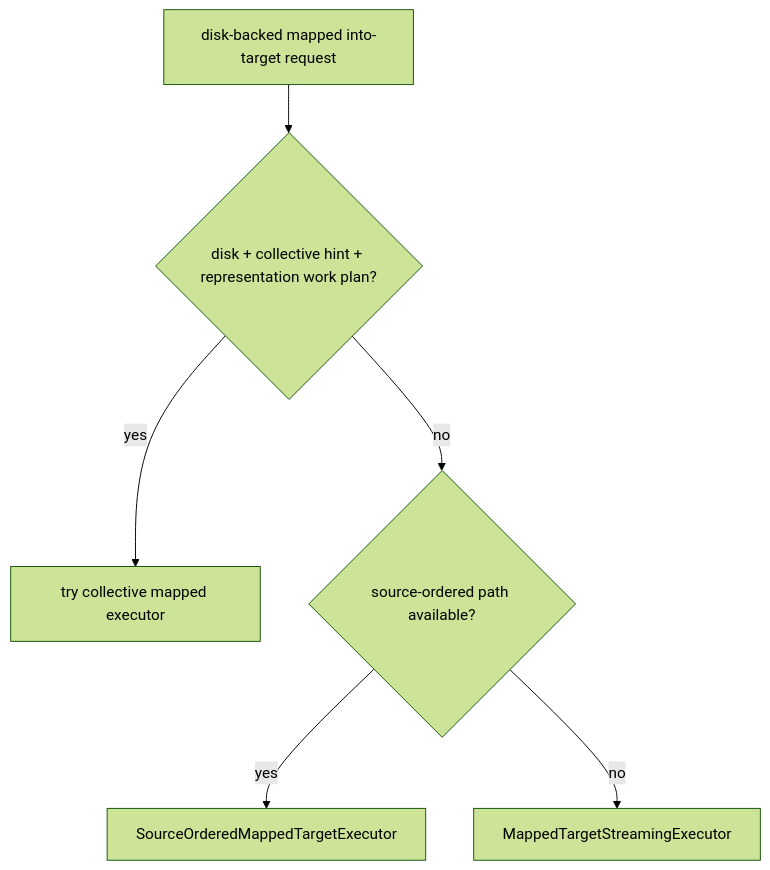
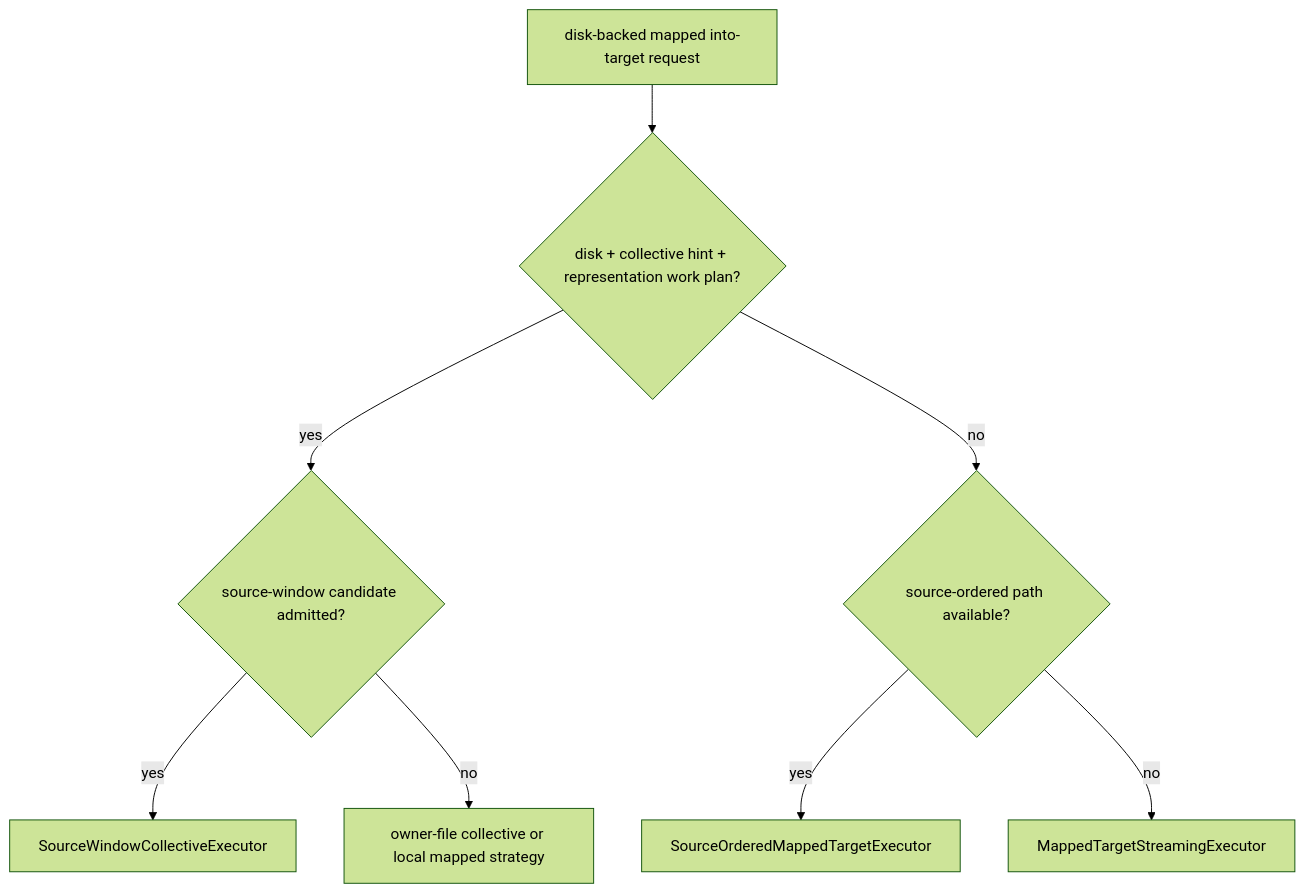
Before and after one commit to tensorcast-ai/tensorcast: the fourth of 4 diagrams in docs/internals/disk-load-strategy.md, drawn with Mermaid (forest theme). The commit also changed other lines of this file and 54 other files, not shown here.

Commit message:
feat: add source-window collective materialization

````diff
--- a/docs/internals/disk-load-strategy.md
+++ b/docs/internals/disk-load-strategy.md
@@ -423,8 +456,10 @@
 ```mermaid
 flowchart TD
     A["disk-backed mapped into-target request"] --> B{"disk + collective hint + representation work plan?"}
-    B -- "yes" --> C["try collective mapped executor"]
+    B -- "yes" --> C{"source-window candidate admitted?"}
+    C -- "yes" --> G["SourceWindowCollectiveExecutor"]
+    C -- "no" --> H["owner-file collective or local mapped strategy"]
     B -- "no" --> D{"source-ordered path available?"}
     D -- "yes" --> E["SourceOrderedMappedTargetExecutor"]
     D -- "no" --> F["MappedTargetStreamingExecutor"]
 ```
````
